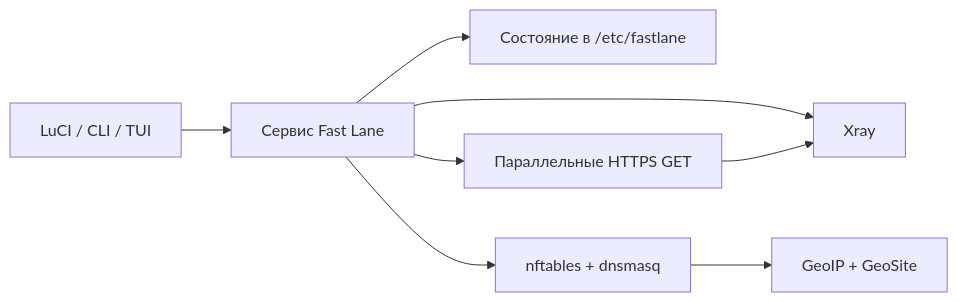
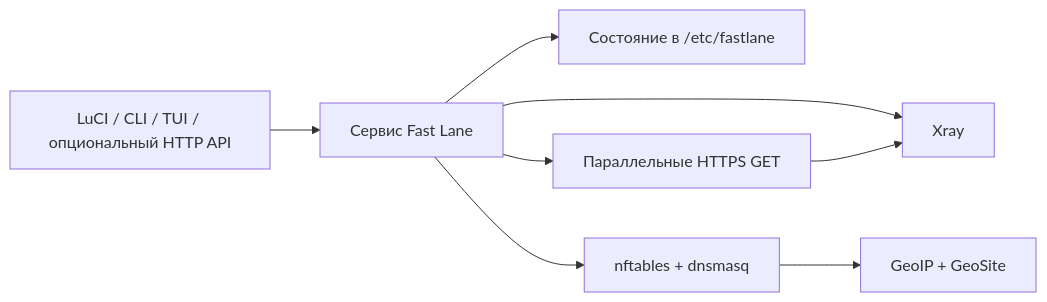
The diagram in README.ru_RU.md (design-maestro/fastlane), drawn with Mermaid before and after one commit. The commit also changed other lines of this file and 16 other files, not shown here.

````diff
--- a/README.ru_RU.md
+++ b/README.ru_RU.md
@@ -57,10 +58,10 @@
 ```mermaid
 flowchart LR
-    UI[LuCI / CLI / TUI] --> APP[Сервис Fast Lane]
+    UI[LuCI / CLI / TUI / опциональный HTTP API] --> APP[Сервис Fast Lane]
     APP --> STORE[Состояние в /etc/fastlane]
     APP --> XRAY[Xray]
     APP --> CHECKS[Параллельные HTTPS GET]
     CHECKS --> XRAY
     APP --> ROUTING[nftables + dnsmasq]
     ROUTING --> GEO[GeoIP + GeoSite]
 ```
````
